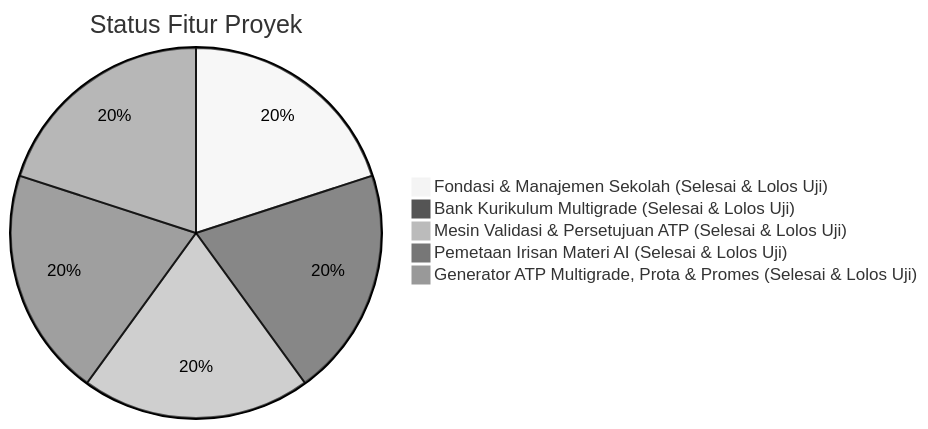
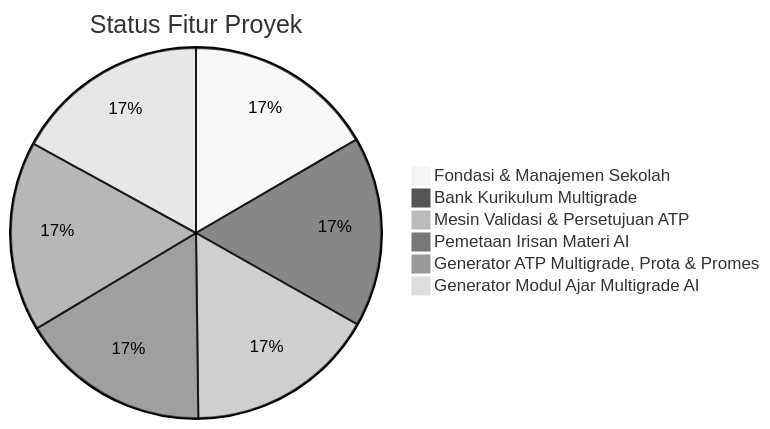
The diagram in IMPLEMENTATION_STATUS.md (akhshodikin/Multigrade-Cerdas), drawn with Mermaid (neutral theme) before and after one commit. The commit also changed other lines of this file and 14 other files, not shown here.

Commit message:
feat(curriculum): implement multigrade lesson plan generator, 8-step rotation pattern, duplication, and curriculum integrity check

````diff
--- a/IMPLEMENTATION_STATUS.md
+++ b/IMPLEMENTATION_STATUS.md
@@ -10,8 +10,9 @@
 ```mermaid
 pie title Status Fitur Proyek
-    "Fondasi & Manajemen Sekolah (Selesai & Lolos Uji)" : 20
-    "Bank Kurikulum Multigrade (Selesai & Lolos Uji)" : 20
-    "Mesin Validasi & Persetujuan ATP (Selesai & Lolos Uji)" : 20
-    "Pemetaan Irisan Materi AI (Selesai & Lolos Uji)" : 20
-    "Generator ATP Multigrade, Prota & Promes (Selesai & Lolos Uji)" : 20
+    "Fondasi & Manajemen Sekolah" : 16.6
+    "Bank Kurikulum Multigrade" : 16.6
+    "Mesin Validasi & Persetujuan ATP" : 16.6
+    "Pemetaan Irisan Materi AI" : 16.6
+    "Generator ATP Multigrade, Prota & Promes" : 16.6
+    "Generator Modul Ajar Multigrade AI" : 17.0
 ```
````
